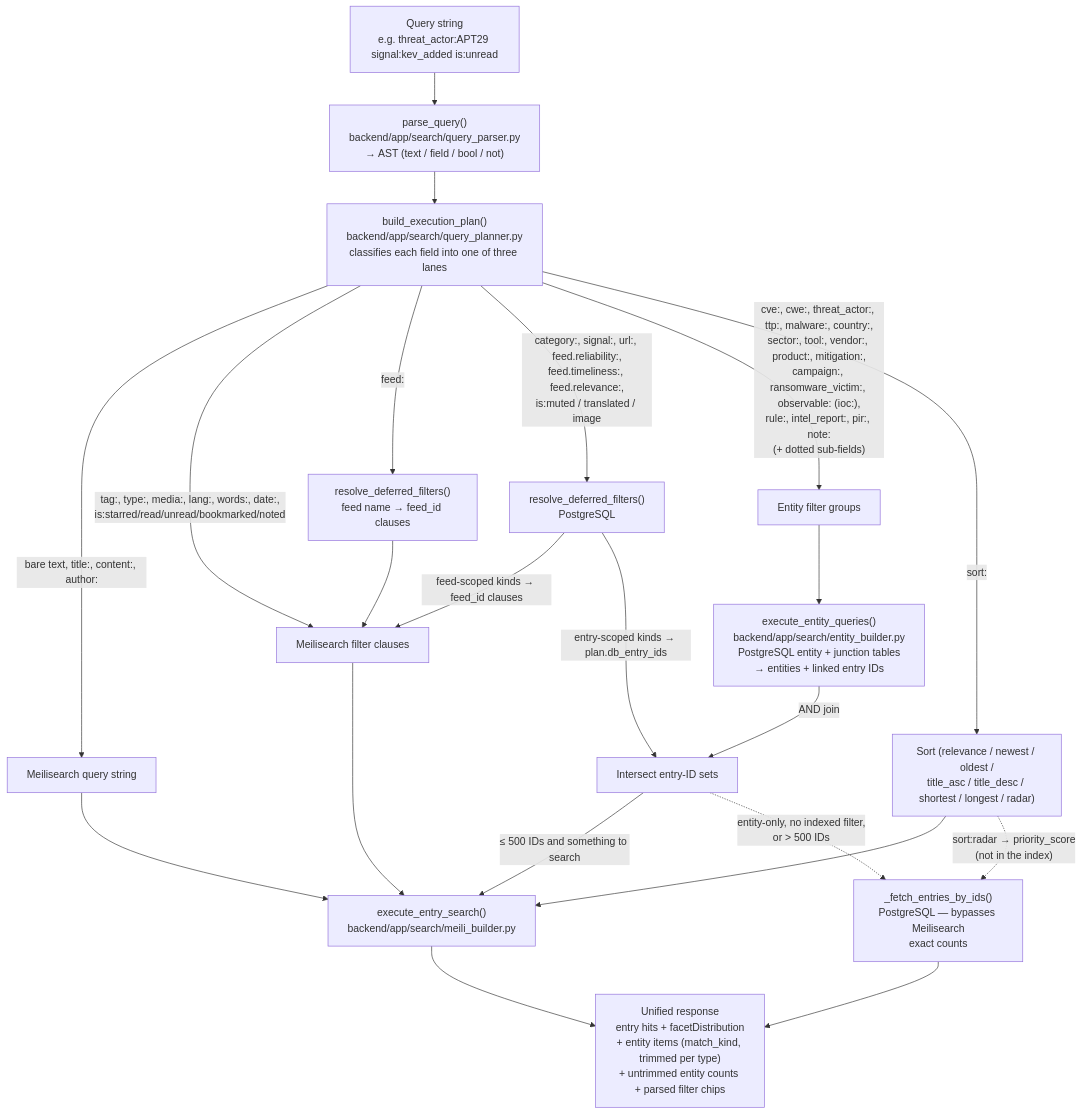
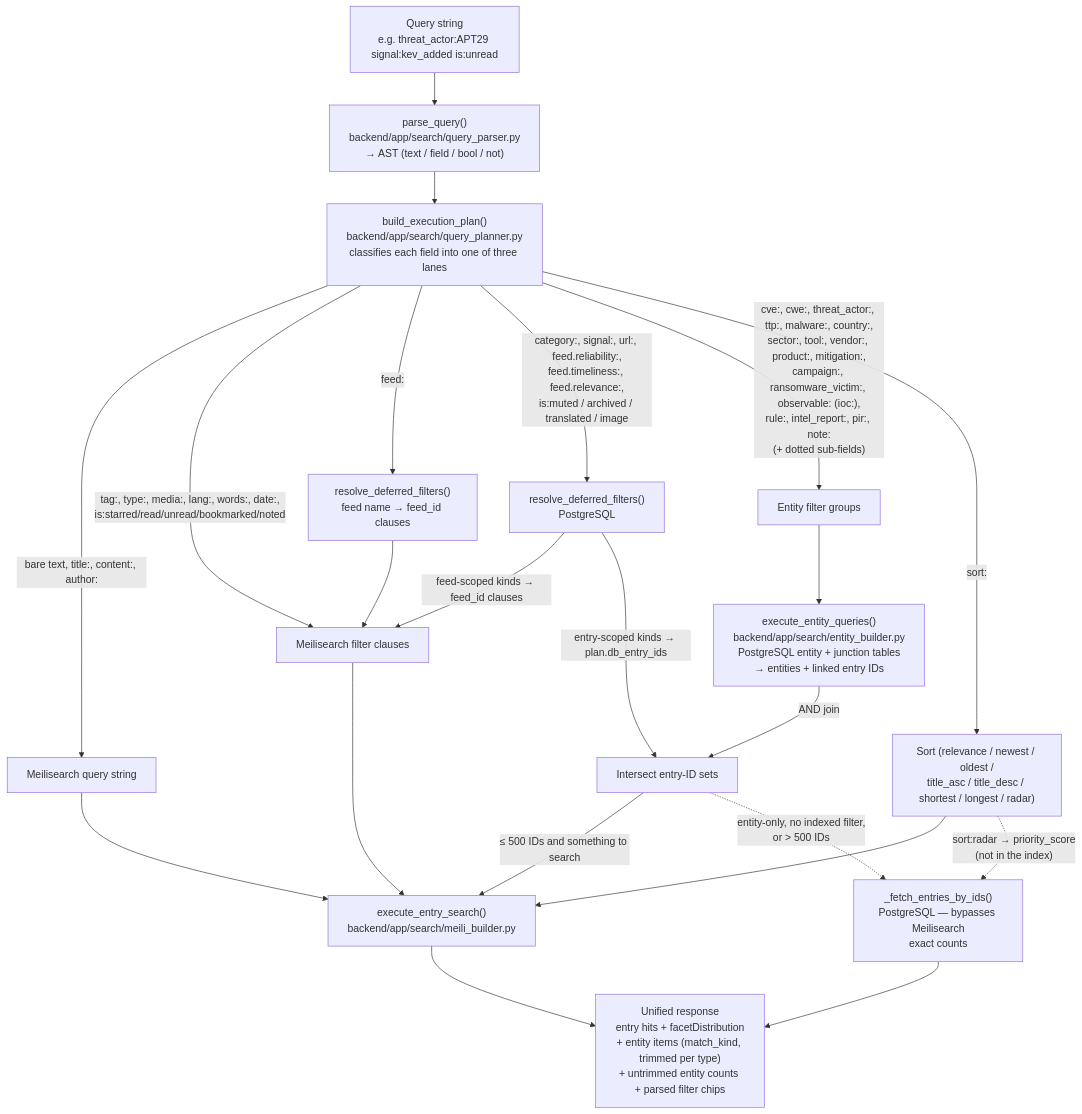
The diagram in docs/diagrams/query-language-routing.md (a-oneil/IntelFeed), drawn with Mermaid before and after one commit. The commit also changed other lines of this file and 131 other files, not shown here.

````diff
--- a/docs/diagrams/query-language-routing.md
+++ b/docs/diagrams/query-language-routing.md
@@ -6,29 +6,29 @@
 ```mermaid
 flowchart TD
     Q["Query string<br/>e.g. threat_actor:APT29 signal:kev_added is:unread"] --> P["parse_query()<br/>backend/app/search/query_parser.py<br/>→ AST (text / field / bool / not)"]
     P --> PL["build_execution_plan()<br/>backend/app/search/query_planner.py<br/>classifies each field into one of three lanes"]
 
     PL -->|"bare text, title:, content:, author:"| MQ["Meilisearch query string"]
     PL -->|"tag:, type:, media:, lang:, words:, date:,<br/>is:starred/read/unread/bookmarked/noted"| MF["Meilisearch filter clauses"]
     PL -->|"feed:"| FR["resolve_deferred_filters()<br/>feed name → feed_id clauses"]
-    PL -->|"category:, signal:, url:, feed.reliability:,<br/>feed.timeliness:, feed.relevance:,<br/>is:muted / translated / image"| ER["resolve_deferred_filters()<br/>PostgreSQL"]
+    PL -->|"category:, signal:, url:, feed.reliability:,<br/>feed.timeliness:, feed.relevance:,<br/>is:muted / archived / translated / image"| ER["resolve_deferred_filters()<br/>PostgreSQL"]
     PL -->|"cve:, cwe:, threat_actor:, ttp:, malware:, country:,<br/>sector:, tool:, vendor:, product:, mitigation:,<br/>campaign:, ransomware_victim:, observable: (ioc:),<br/>rule:, intel_report:, pir:, note:<br/>(+ dotted sub-fields)"| EG["Entity filter groups"]
     PL -->|"sort:"| S["Sort (relevance / newest / oldest /<br/>title_asc / title_desc / shortest / longest / radar)"]
 
     FR --> MF
     ER -->|"feed-scoped kinds → feed_id clauses"| MF
     ER -->|"entry-scoped kinds → plan.db_entry_ids"| IX["Intersect entry-ID sets"]
     EG --> PG["execute_entity_queries()<br/>backend/app/search/entity_builder.py<br/>PostgreSQL entity + junction tables<br/>→ entities + linked entry IDs"]
     PG -->|"AND join"| IX
 
     MQ --> MS["execute_entry_search()<br/>backend/app/search/meili_builder.py"]
     MF --> MS
     S --> MS
     IX -->|"≤ 500 IDs and something to search"| MS
 
     IX -.->|"entity-only, no indexed filter,<br/>or > 500 IDs"| PGF["_fetch_entries_by_ids()<br/>PostgreSQL — bypasses Meilisearch<br/>exact counts"]
     S -.->|"sort:radar → priority_score<br/>(not in the index)"| PGF
 
     MS --> R["Unified response<br/>entry hits + facetDistribution<br/>+ entity items (match_kind, trimmed per type)<br/>+ untrimmed entity counts + parsed filter chips"]
     PGF --> R
 ```
````
